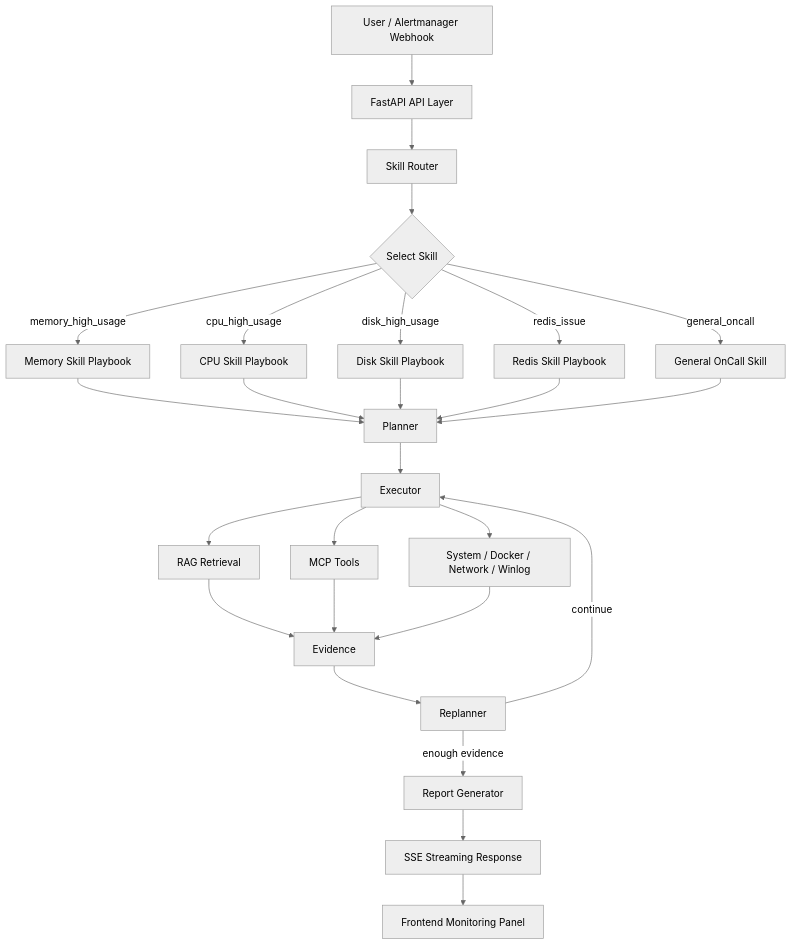
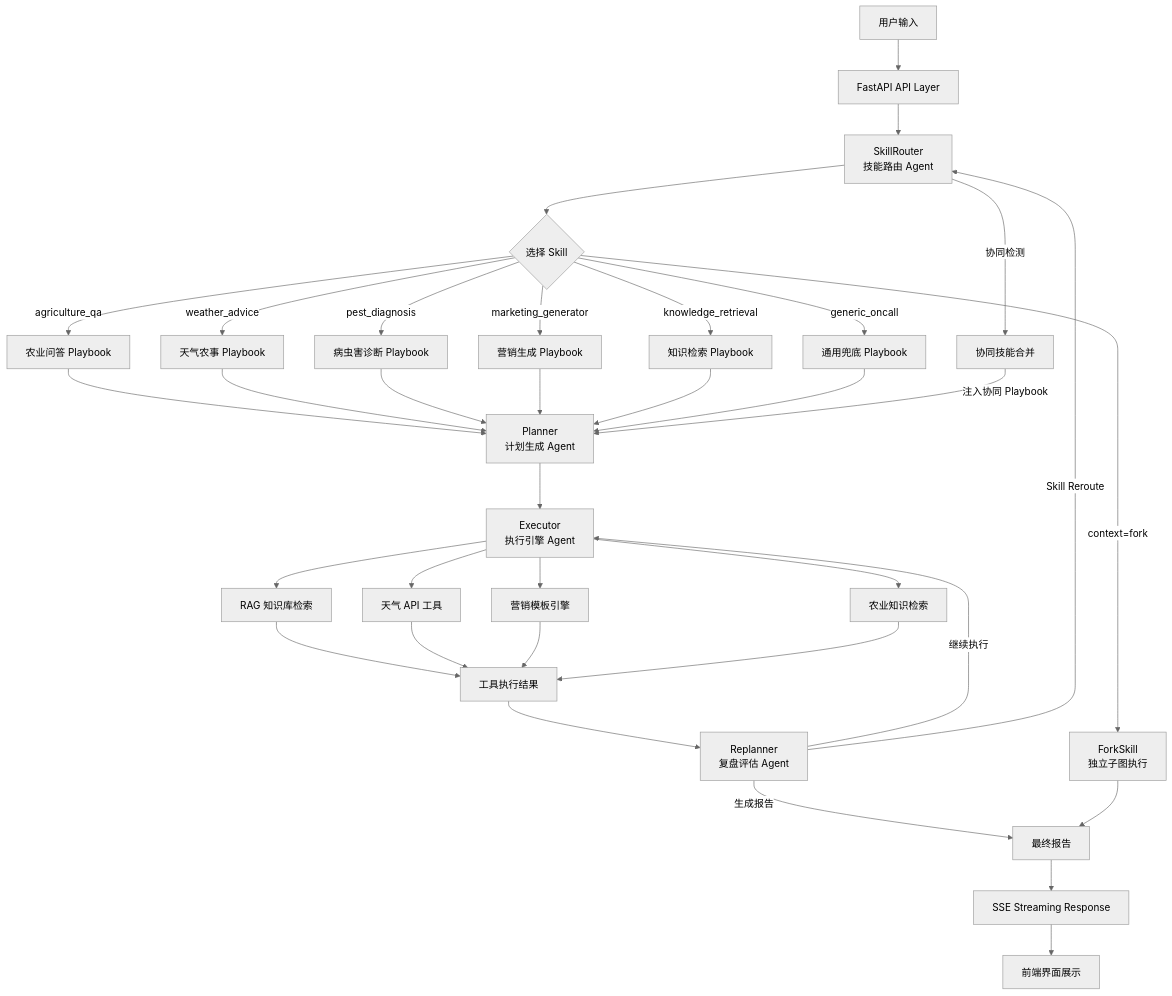
The diagram in README.md (SirWangCNU/AgroAgentOS), drawn with Mermaid (neutral theme) before and after one commit. The commit also changed other lines of this file and 24 other files, not shown here.

````diff
--- a/README.md
+++ b/README.md
@@ -189,35 +218,45 @@
 ```mermaid
 flowchart TD
-    A[User / Alertmanager Webhook] --> B[FastAPI API Layer]
+    A[用户输入] --> B[FastAPI API Layer]
 
-    B --> C[Skill Router]
-    C --> D{Select Skill}
+    B --> C[SkillRouter<br/>技能路由 Agent]
+    C --> D{选择 Skill}
+    C -->|协同检测| COL[协同技能合并]
 
-    D -->|memory_high_usage| E1[Memory Skill Playbook]
-    D -->|cpu_high_usage| E2[CPU Skill Playbook]
-    D -->|disk_high_usage| E3[Disk Skill Playbook]
-    D -->|redis_issue| E4[Redis Skill Playbook]
-    D -->|general_oncall| E5[General OnCall Skill]
+    D -->|agriculture_qa| E1[农业问答 Playbook]
+    D -->|weather_advice| E2[天气农事 Playbook]
+    D -->|pest_diagnosis| E3[病虫害诊断 Playbook]
+    D -->|marketing_generator| E4[营销生成 Playbook]
+    D -->|knowledge_retrieval| E5[知识检索 Playbook]
+    D -->|generic_oncall| E6[通用兜底 Playbook]
+    D -->|context=fork| FK[ForkSkill<br/>独立子图执行]
 
-    E1 --> F[Planner]
+    E1 --> F[Planner<br/>计划生成 Agent]
     E2 --> F
     E3 --> F
     E4 --> F
     E5 --> F
+    E6 --> F
+    COL -->|注入协同 Playbook| F
 
-    F --> G[Executor]
-    G --> H1[RAG Retrieval]
-    G --> H2[MCP Tools]
-    G --> H3[System / Docker / Network / Winlog]
+    F --> G[Executor<br/>执行引擎 Agent]
+    G --> H1[RAG 知识库检索]
+    G --> H2[天气 API 工具]
+    G --> H3[营销模板引擎]
+    G --> H4[农业知识检索]
 
-    H1 --> I[Evidence]
+    H1 --> I[工具执行结果]
     H2 --> I
     H3 --> I
+    H4 --> I
 
-    I --> J[Replanner]
-    J -->|continue| G
-    J -->|enough evidence| K[Report Generator]
+    I --> J[Replanner<br/>复盘评估 Agent]
+    J -->|继续执行| G
+    J -->|Skill Reroute| C
+    J -->|生成报告| K[最终报告]
+
+    FK --> K
 
     K --> L[SSE Streaming Response]
-    L --> M[Frontend Monitoring Panel]
+    L --> M[前端界面展示]
 ```
````
